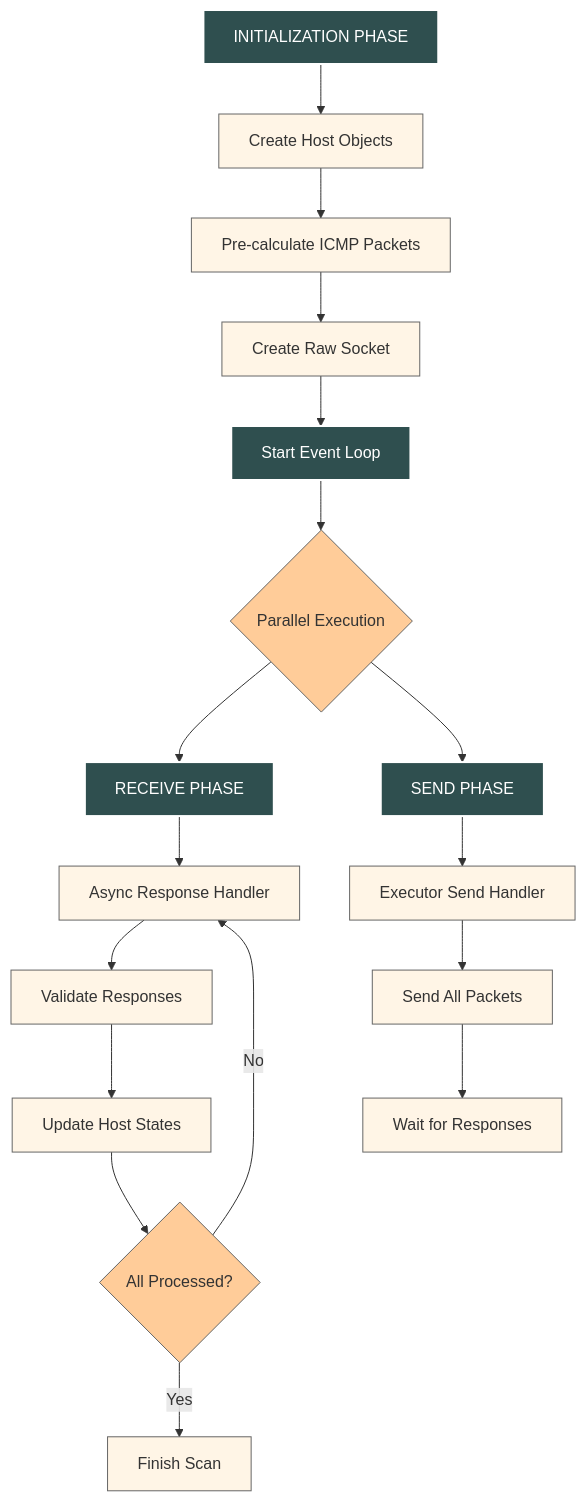
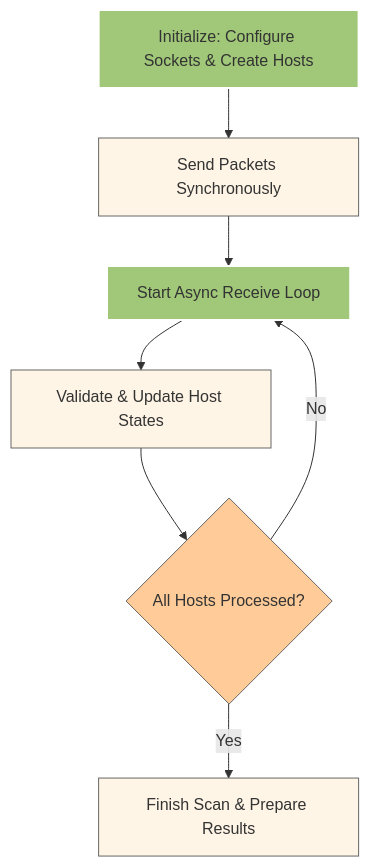
Before and after one commit to lexmaister/codestral_ros2_gen: the diagram in docs/Example_network_scanner_node.md, drawn with Mermaid. The commit also changed other lines of this file, not shown here.

````diff
--- a/docs/Example_network_scanner_node.md
+++ b/docs/Example_network_scanner_node.md
@@ -48,30 +11,14 @@
 ```mermaid
 flowchart TD
-    classDef phase fill:#2f4f4f,stroke:#fff,stroke-width:2px,color:#fff
+    classDef phase fill:#A0C878,stroke:#fff,stroke-width:2px,color:#333
     classDef operation fill:#fff5e6,stroke:#666,color:#333
     classDef decision fill:#ffcc99,stroke:#666,color:#333
 
-    Init[INITIALIZATION PHASE]:::phase
-    Init --> CreateHosts[Create Host Objects]:::operation
-    CreateHosts --> CalcPackets[Pre-calculate ICMP Packets]:::operation
-    CalcPackets --> CreateSocket[Create Raw Socket]:::operation
-
-    CreateSocket --> StartLoop[Start Event Loop]:::phase
-    StartLoop --> Par{Parallel Execution}:::decision
-
-    Par --> Receive[RECEIVE PHASE]:::phase
-    Par --> Send[SEND PHASE]:::phase
-
-    Receive --> AsyncReceive[Async Response Handler]:::operation
-    AsyncReceive --> ValidateResp[Validate Responses]:::operation
-    ValidateResp --> UpdateStates[Update Host States]:::operation
-
-    Send --> ExecSend[Executor Send Handler]:::operation
-    ExecSend --> BatchSend[Send All Packets]:::operation
-
-    UpdateStates --> Complete{All Processed?}:::decision
-    Complete -->|Yes| Finish[Finish Scan]:::operation
-    Complete -->|No| AsyncReceive
-
-    BatchSend --> WaitReceive[Wait for Responses]:::operation
+    Init["Initialize: Configure Sockets & Create Hosts"]:::phase
+    Init --> Send["Send Packets Synchronously"]:::operation
+    Send --> Async["Start Async Receive Loop"]:::phase
+    Async --> Validate["Validate & Update Host States"]:::operation
+    Validate --> Complete{"All Hosts Processed?"}:::decision
+    Complete -->|Yes| Finish["Finish Scan & Prepare Results"]:::operation
+    Complete -->|No| Async
 ```
````
